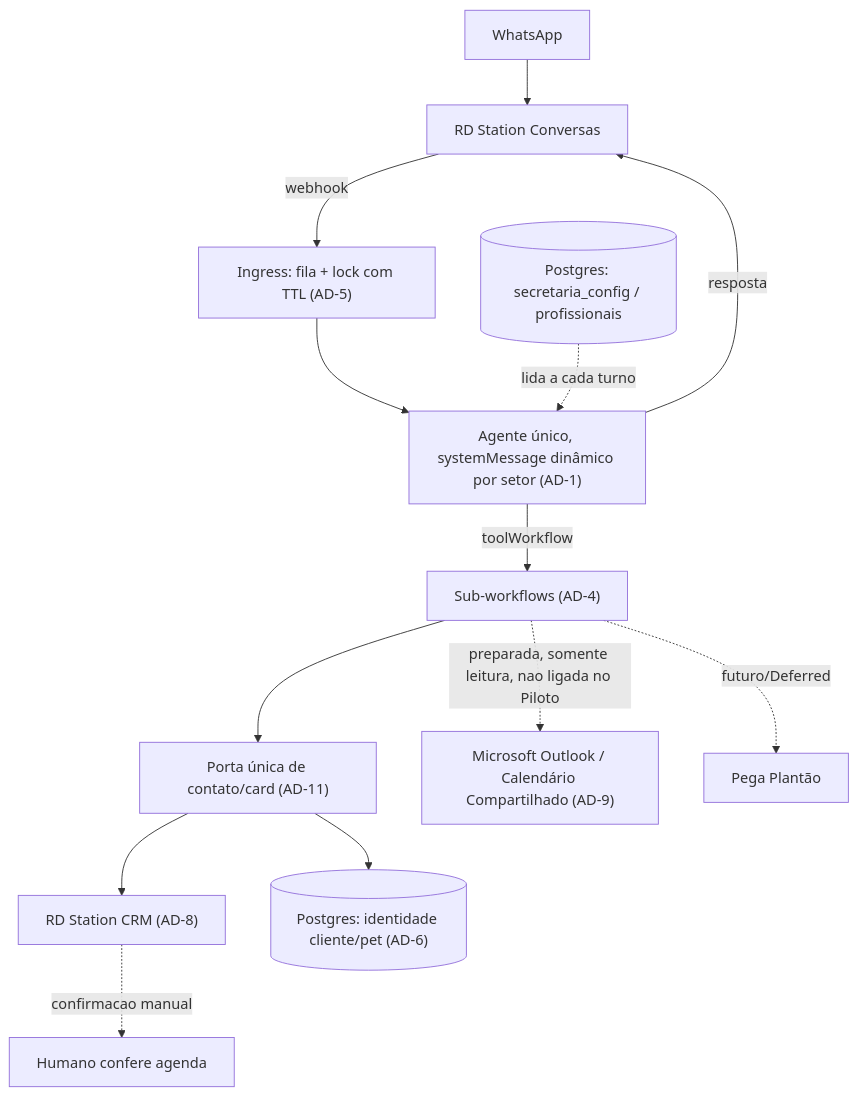
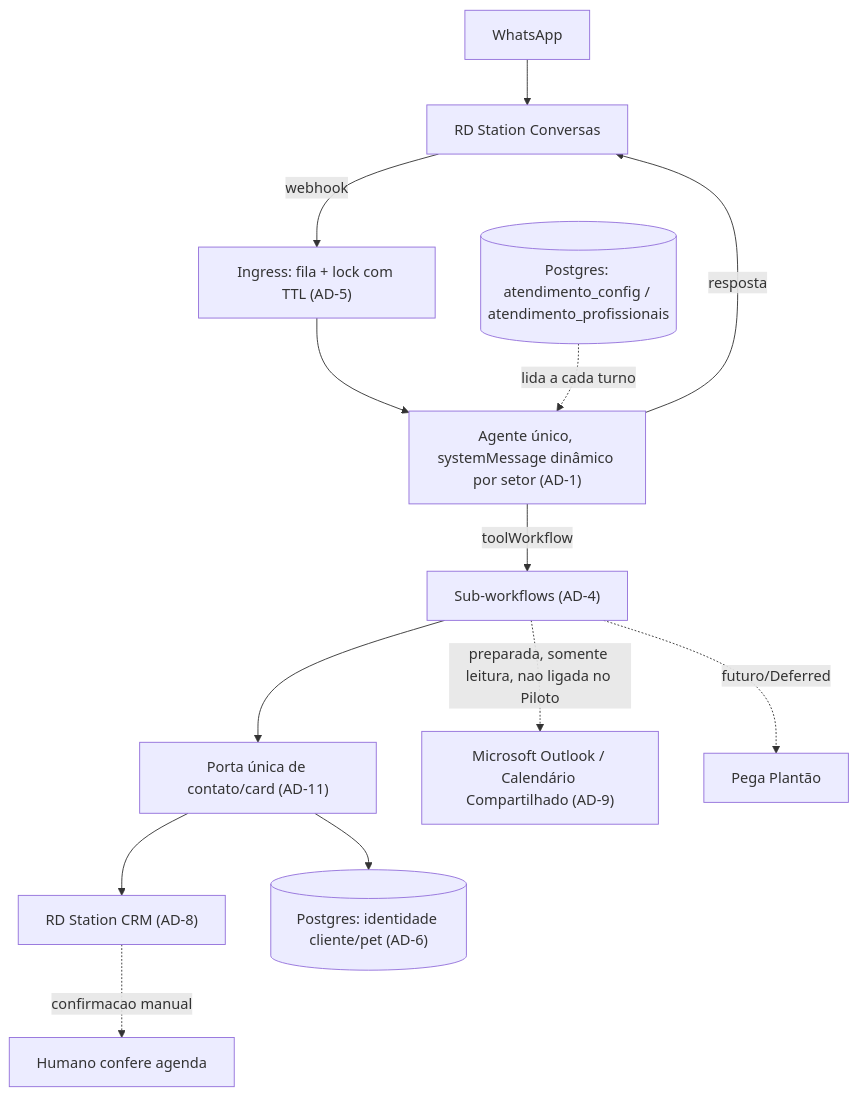
Before and after one commit to thiagobicalho/nouvet-atendimento: the first of 2 diagrams in _bmad-output/planning-artifacts/architecture/architecture-atendimento-2026-09-01/ARCHITECTURE-SPINE.md, drawn with Mermaid. The commit also changed other lines of this file and 11 other files, not shown here.

````diff
--- a/_bmad-output/planning-artifacts/architecture/architecture-atendimento-2026-09-01/ARCHITECTURE-SPINE.md
+++ b/_bmad-output/planning-artifacts/architecture/architecture-atendimento-2026-09-01/ARCHITECTURE-SPINE.md
@@ -107,15 +107,15 @@
 ```mermaid
 graph TD
   WA[WhatsApp] --> RDC[RD Station Conversas]
   RDC -- webhook --> Ingress["Ingress: fila + lock com TTL (AD-5)"]
   Ingress --> Agent["Agente único, systemMessage dinâmico por setor (AD-1)"]
-  Cfg[("Postgres: secretaria_config / profissionais")] -. lida a cada turno .-> Agent
+  Cfg[("Postgres: atendimento_config / atendimento_profissionais")] -. lida a cada turno .-> Agent
   Agent -- toolWorkflow --> Tools["Sub-workflows (AD-4)"]
   Tools --> Porta["Porta única de contato/card (AD-11)"]
   Porta --> CRM["RD Station CRM (AD-8)"]
   Porta --> Ident[("Postgres: identidade cliente/pet (AD-6)")]
   Tools -. preparada, somente leitura, nao ligada no Piloto .-> Cal["Microsoft Outlook / Calendário Compartilhado (AD-9)"]
   Tools -. futuro/Deferred .-> Plantao["Pega Plantão"]
   Agent -- resposta --> RDC
   CRM -. confirmacao manual .-> Humano["Humano confere agenda"]
 ```
````
